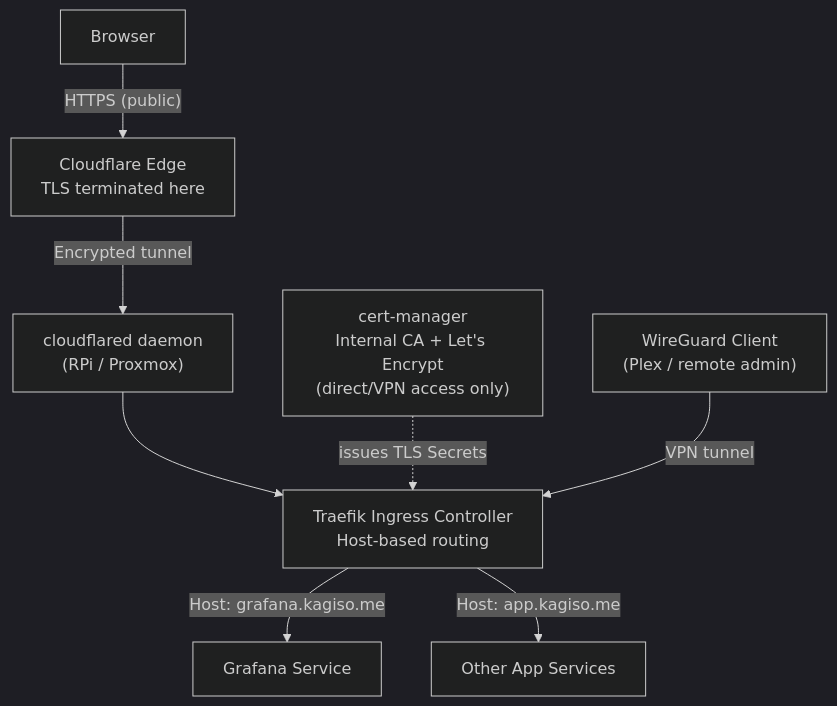
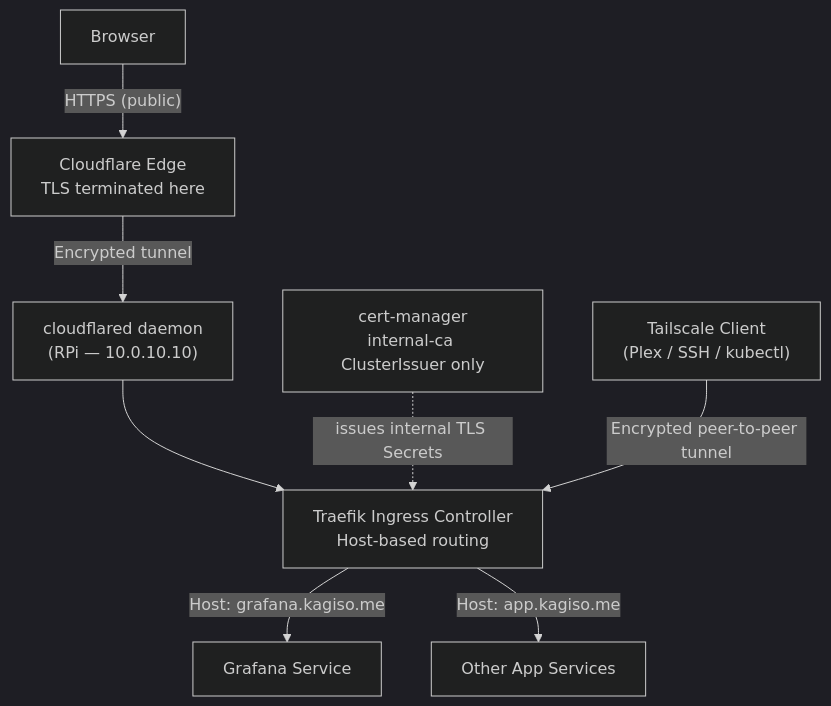
The first of 2 diagrams in docs/guides/03-Networking-Platform.md (Kagiso-me/homelab-infrastructure), drawn with Mermaid (dark theme) before and after one commit. The commit also changed other lines of this file and 3 other files, not shown here.

First line of the commit message:
refactor: remove Let's Encrypt, add Cloudflare Tunnel + Tailscale docs

````diff
--- a/docs/guides/03-Networking-Platform.md
+++ b/docs/guides/03-Networking-Platform.md
@@ -74,10 +79,10 @@
 ```mermaid
 graph TD
     Browser["Browser"] -->|"HTTPS (public)"| CF["Cloudflare Edge<br/>TLS terminated here"]
-    CF -->|"Encrypted tunnel"| CFD["cloudflared daemon<br/>(RPi / Proxmox)"]
+    CF -->|"Encrypted tunnel"| CFD["cloudflared daemon<br/>(RPi — 10.0.10.10)"]
     CFD --> Traefik["Traefik Ingress Controller<br/>Host-based routing"]
     Traefik -->|"Host: grafana.kagiso.me"| Grafana["Grafana Service"]
     Traefik -->|"Host: app.kagiso.me"| App["Other App Services"]
-    CertManager["cert-manager<br/>Internal CA + Let's Encrypt<br/>(direct/VPN access only)"] -.->|issues TLS Secrets| Traefik
-    WG["WireGuard Client<br/>(Plex / remote admin)"] -->|"VPN tunnel"| Traefik
+    CertManager["cert-manager<br/>internal-ca ClusterIssuer only"] -.->|issues internal TLS Secrets| Traefik
+    TS["Tailscale Client<br/>(Plex / SSH / kubectl)"] -->|"Encrypted peer-to-peer tunnel"| Traefik
 ```
````
